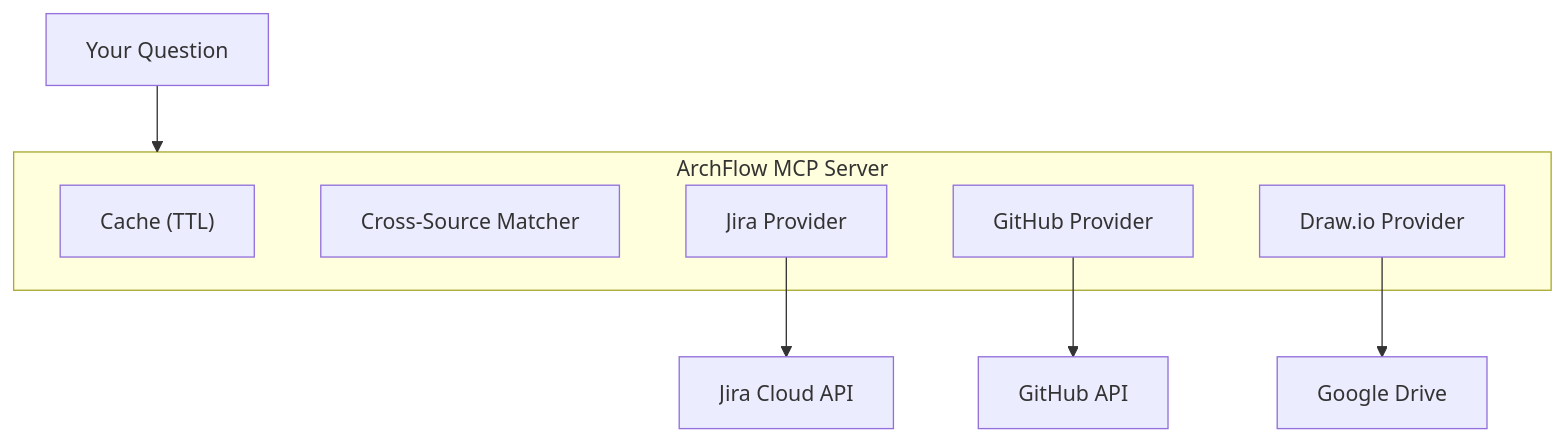
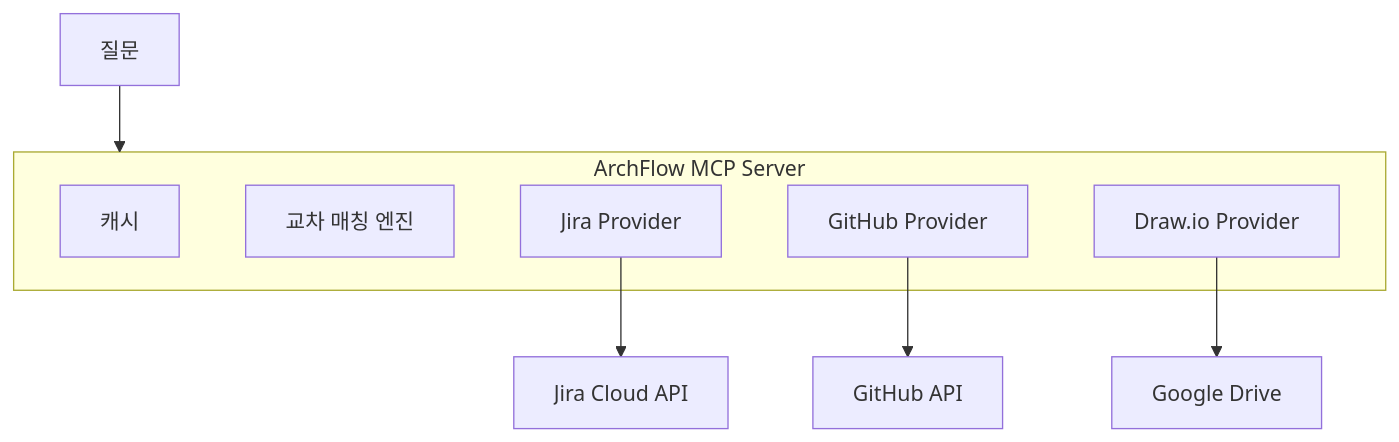
Before and after one commit to Juhwan01/ArchFlow: the diagram in README.md, drawn with Mermaid. The commit also changed other lines of this file, not shown here.

````diff
--- a/README.md
+++ b/README.md
@@ -207,16 +274,16 @@
 ```mermaid
 graph TB
-    User["Your Question"] --> Server
+    User["질문"] --> Server
 
     subgraph Server["ArchFlow MCP Server"]
-        Cache["Cache (TTL)"]
-        Matcher["Cross-Source Matcher"]
+        Cache["캐시"]
+        Matcher["교차 매칭 엔진"]
         JP["Jira Provider"]
         GP["GitHub Provider"]
         DP["Draw.io Provider"]
     end
 
     JP --> Jira["Jira Cloud API"]
     GP --> GitHub["GitHub API"]
     DP --> GDrive["Google Drive"]
 ```
````
